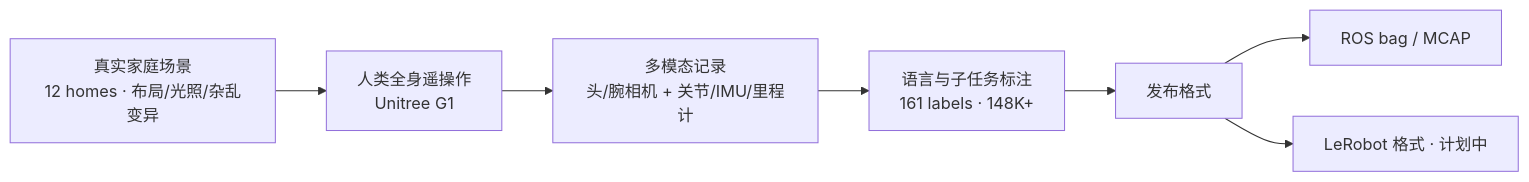
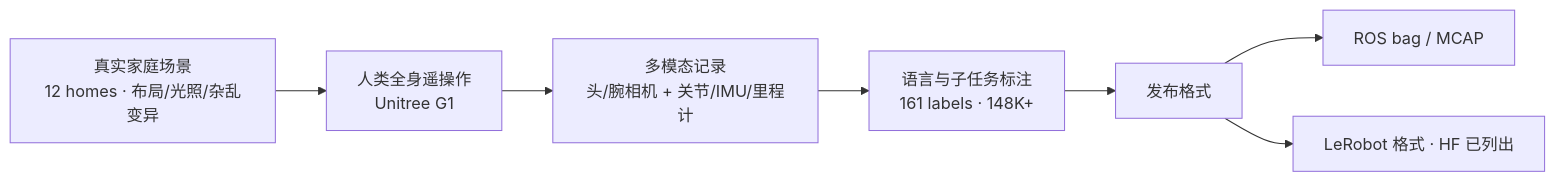
One commit to ImChong/Robotics_Notebooks changed the diagram in wiki/entities/hiw-500-dataset.md. Above: the diagram before and after it, drawn with Mermaid. The commit also changed other lines of this file and 105 other files, not shown here.

````diff
--- a/wiki/entities/hiw-500-dataset.md
+++ b/wiki/entities/hiw-500-dataset.md
@@ -59,13 +65,13 @@
 ```mermaid
 flowchart LR
   home[真实家庭场景<br/>12 homes · 布局/光照/杂乱变异]
   tele[人类全身遥操作<br/>Unitree G1]
   sense[多模态记录<br/>头/腕相机 + 关节/IMU/里程计]
   label[语言与子任务标注<br/>161 labels · 148K+]
   fmt[发布格式]
   raw[ROS bag / MCAP]
-  lr[LeRobot 格式 · 计划中]
+  lr[LeRobot 格式 · HF 已列出]
   home --> tele --> sense --> label --> fmt
   fmt --> raw
   fmt --> lr
 ```
````
